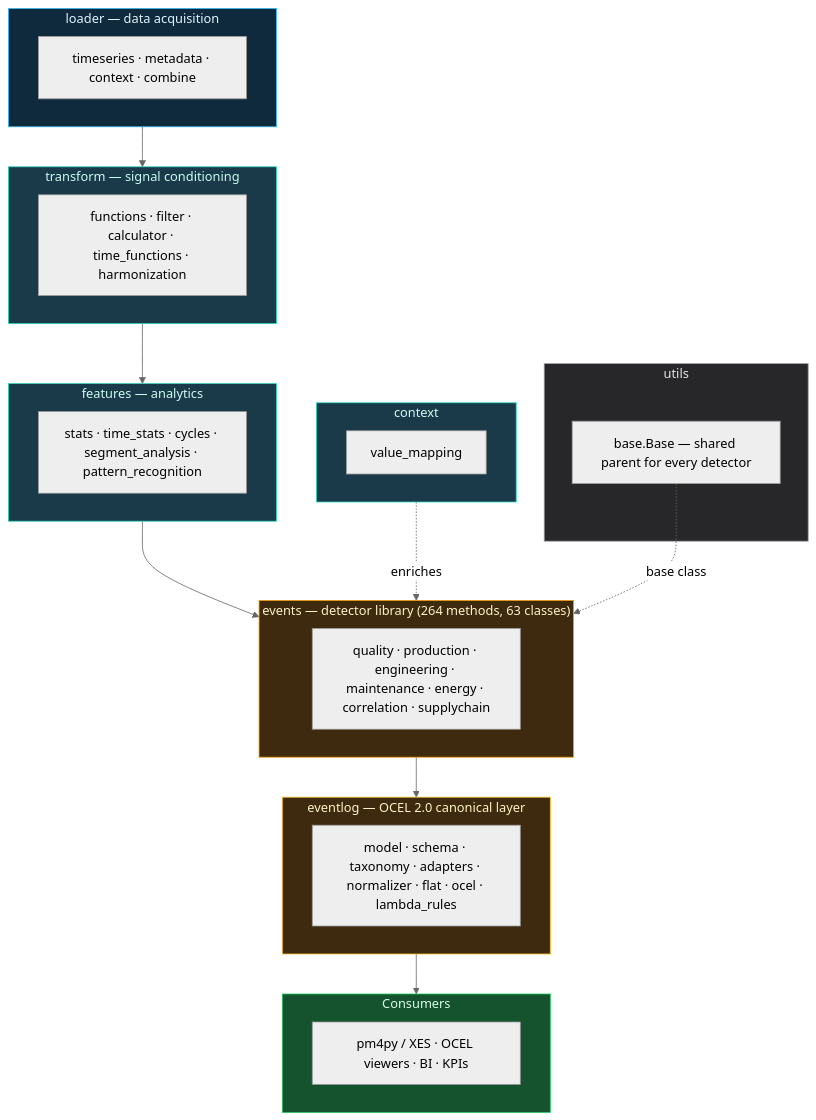
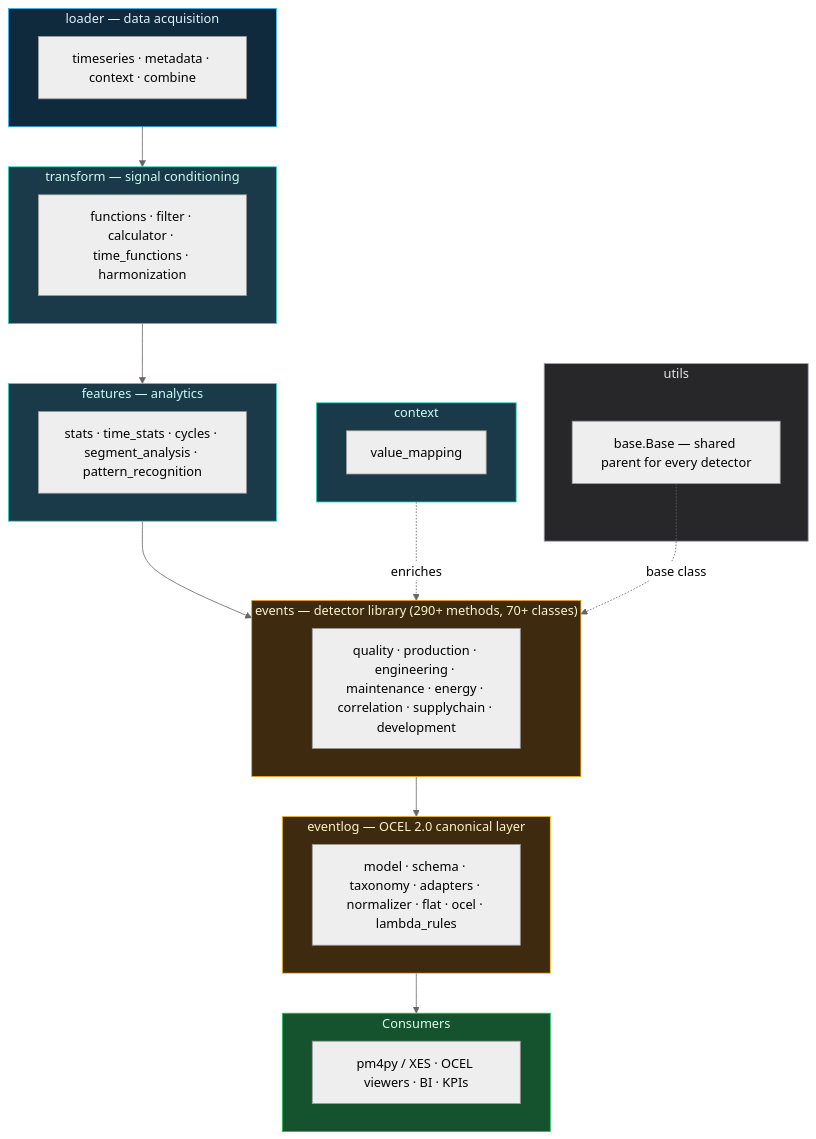
The diagram in docs/guides/architecture.md (ts-shape/ts-shape), drawn with Mermaid (neutral theme) before and after one commit. The commit also changed other lines of this file and 19 other files, not shown here.

````diff
--- a/docs/guides/architecture.md
+++ b/docs/guides/architecture.md
@@ -10,41 +15,41 @@
 ```mermaid
 flowchart TB
     subgraph LOADER["loader — data acquisition"]
         L["timeseries · metadata · context · combine"]
     end
     subgraph TRANSFORM["transform — signal conditioning"]
         T["functions · filter · calculator · time_functions · harmonization"]
     end
     subgraph FEATURE["features — analytics"]
         F["stats · time_stats · cycles · segment_analysis · pattern_recognition"]
     end
     subgraph CONTEXT["context"]
         CX["value_mapping"]
     end
-    subgraph EVENTS["events — detector library (264 methods, 63 classes)"]
-        EV["quality · production · engineering · maintenance · energy · correlation · supplychain"]
+    subgraph EVENTS["events — detector library (290+ methods, 70+ classes)"]
+        EV["quality · production · engineering · maintenance · energy · correlation · supplychain · development"]
     end
     subgraph EVENTLOG["eventlog — OCEL 2.0 canonical layer"]
         EL["model · schema · taxonomy · adapters · normalizer · flat · ocel · lambda_rules"]
     end
     subgraph UTILS["utils"]
         U["base.Base — shared parent for every detector"]
     end
     subgraph CONSUMERS["Consumers"]
         C["pm4py / XES · OCEL viewers · BI · KPIs"]
     end
 
     LOADER --> TRANSFORM --> FEATURE --> EVENTS
     CONTEXT -.enriches.-> EVENTS
     U -.base class.-> EVENTS
     EVENTS --> EVENTLOG --> CONSUMERS
 
     style LOADER fill:#0f2a3d,stroke:#38bdf8,color:#e0f2fe
     style TRANSFORM fill:#1a3a4a,stroke:#2dd4bf,color:#ccfbf1
     style FEATURE fill:#1a3a4a,stroke:#2dd4bf,color:#ccfbf1
     style CONTEXT fill:#1a3a4a,stroke:#2dd4bf,color:#ccfbf1
     style EVENTS fill:#3d2a0f,stroke:#f59e0b,color:#fef3c7
     style EVENTLOG fill:#3d2a0f,stroke:#fbbf24,color:#fef3c7
     style UTILS fill:#27272a,stroke:#a1a1aa,color:#e4e4e7
     style CONSUMERS fill:#14532d,stroke:#22c55e,color:#dcfce7
 ```
````
